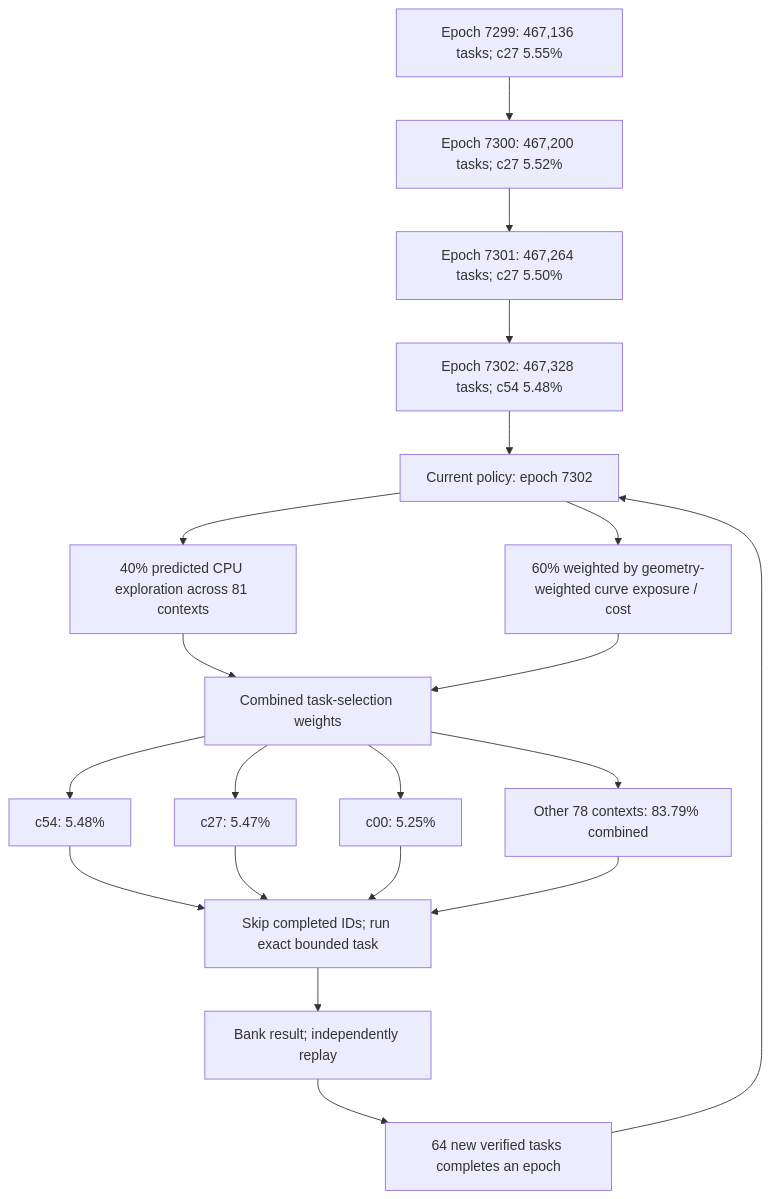
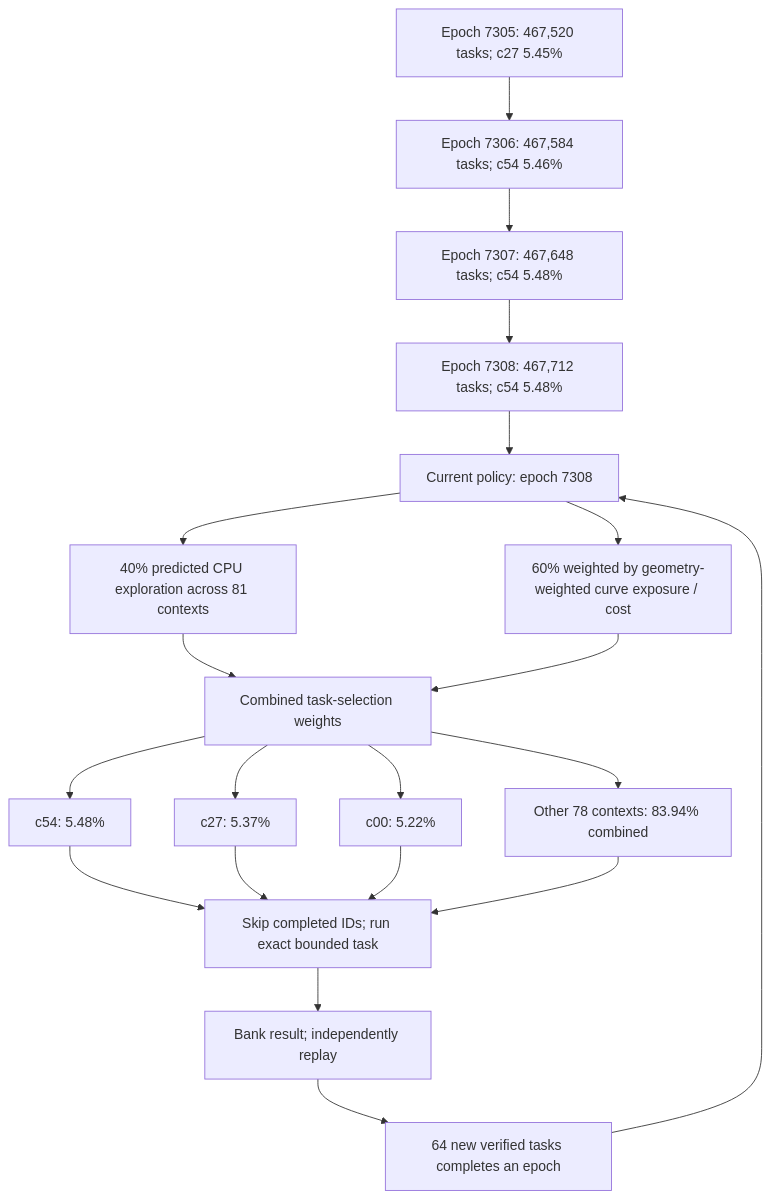
The first of 4 diagrams in README.md (Kuberwastaken/math-gambling), drawn with Mermaid before and after one commit. The commit also changed other lines of this file and 1873 other files, not shown here.

````diff
--- a/README.md
+++ b/README.md
@@ -60,27 +60,27 @@
 ```mermaid
 flowchart TD
-    H0["Epoch 7299: 467,136 tasks; c27 5.55%"]
-    H1["Epoch 7300: 467,200 tasks; c27 5.52%"]
+    H0["Epoch 7305: 467,520 tasks; c27 5.45%"]
+    H1["Epoch 7306: 467,584 tasks; c54 5.46%"]
     H0 --> H1
-    H2["Epoch 7301: 467,264 tasks; c27 5.50%"]
+    H2["Epoch 7307: 467,648 tasks; c54 5.48%"]
     H1 --> H2
-    H3["Epoch 7302: 467,328 tasks; c54 5.48%"]
+    H3["Epoch 7308: 467,712 tasks; c54 5.48%"]
     H2 --> H3
-    Policy["Current policy: epoch 7302"]
+    Policy["Current policy: epoch 7308"]
     H3 --> Policy
     Policy --> Explore["40% predicted CPU exploration across 81 contexts"]
     Policy --> Cost["60% weighted by geometry-weighted curve exposure / cost"]
     Explore --> Mix["Combined task-selection weights"]
     Cost --> Mix
     Mix --> C0["c54: 5.48%"]
-    Mix --> C1["c27: 5.47%"]
-    Mix --> C2["c00: 5.25%"]
-    Mix --> Rest["Other 78 contexts: 83.79% combined"]
+    Mix --> C1["c27: 5.37%"]
+    Mix --> C2["c00: 5.22%"]
+    Mix --> Rest["Other 78 contexts: 83.94% combined"]
     C0 --> Check["Skip completed IDs; run exact bounded task"]
     C1 --> Check
     C2 --> Check
     Rest --> Check
     Check --> Replay["Bank result; independently replay"]
     Replay --> Gate["64 new verified tasks completes an epoch"]
     Gate --> Policy
 ```
````
